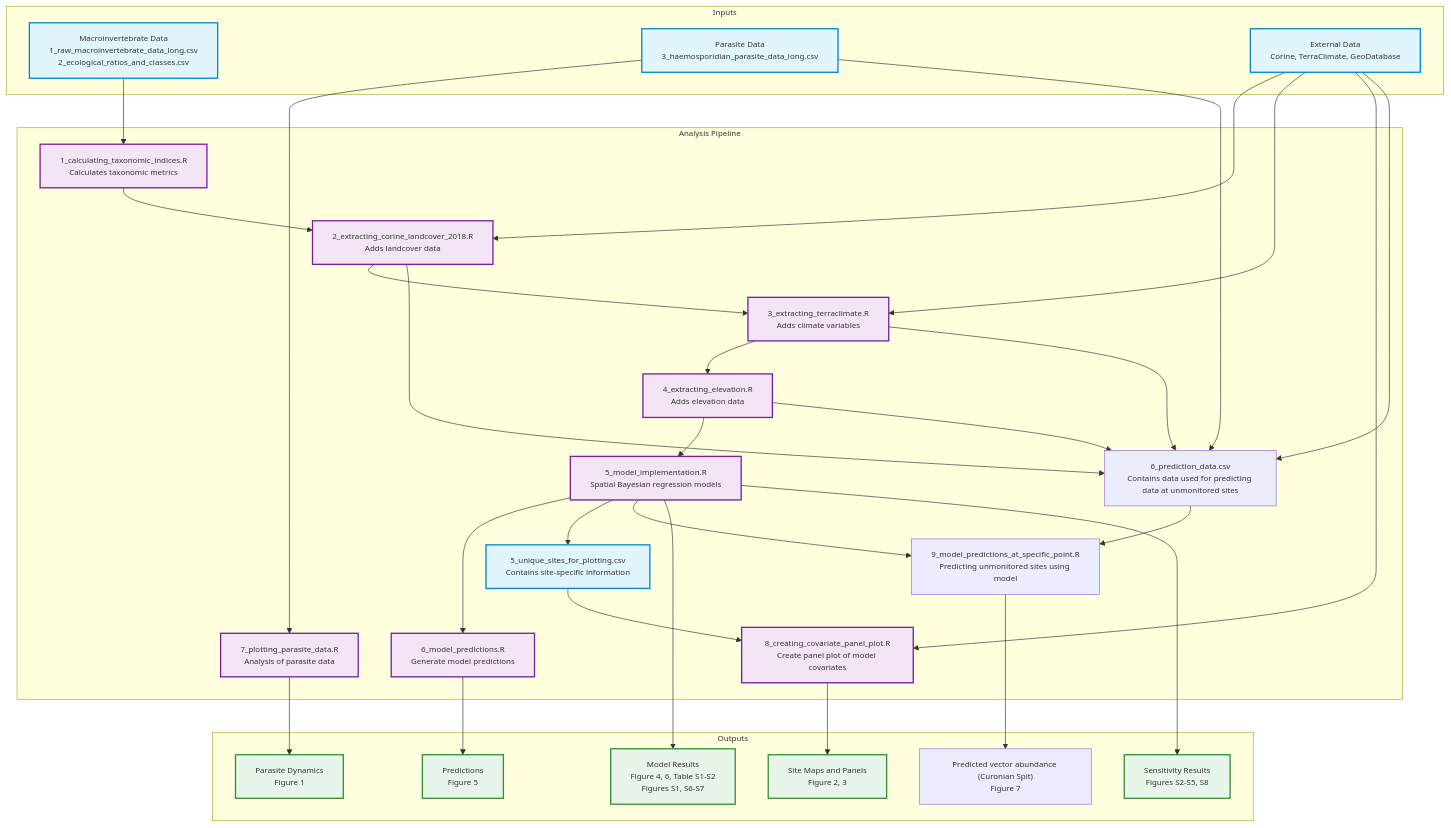
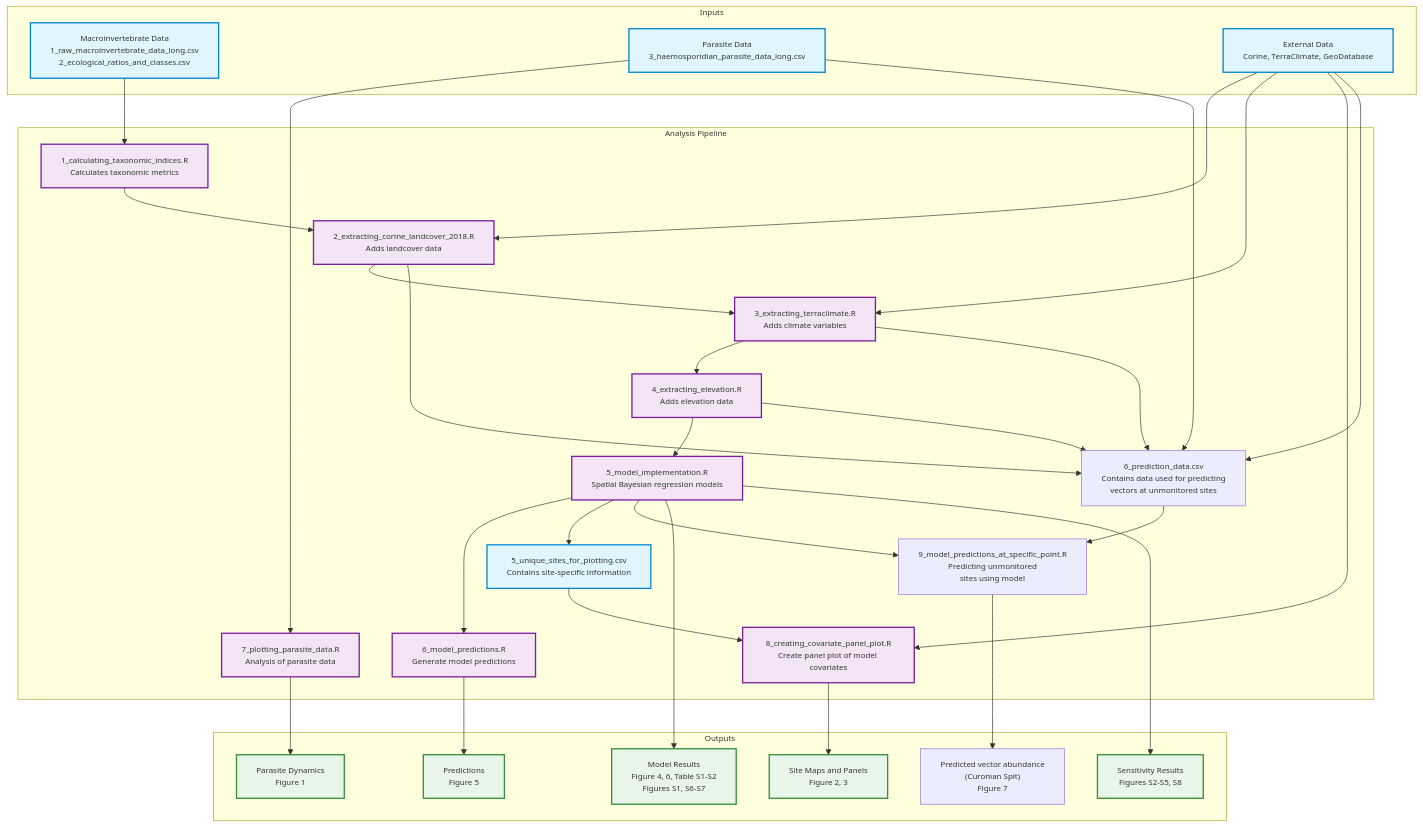
The diagram in README.md (HeeeyNathan/Predicting_vector_abundance_in_Lithuania), drawn with Mermaid before and after one commit.

````diff
--- a/README.md
+++ b/README.md
@@ -177,52 +177,52 @@
 ``` mermaid
 %%{init: {'themeVariables': { 'fontSize': '12px'}}}%%
 %%{init: {'themeVariables': { 'nodePadding': 14}}}%%
 graph TD
     subgraph Inputs
         R["Macroinvertebrate Data<br/>1_raw_macroinvertebrate_data_long.csv<br/>2_ecological_ratios_and_classes.csv"]
         P["Parasite Data<br/>3_haemosporidian_parasite_data_long.csv"]
         E["External Data<br/>Corine, TerraClimate, GeoDatabase"]
     end
     
     subgraph Analysis Pipeline
         R --> S1["1_calculating_taxonomic_indices.R<br/>Calculates taxonomic metrics"]
         S1 --> S2["2_extracting_corine_landcover_2018.R<br/>Adds landcover data"]
         E --> S2
         S2 --> S3["3_extracting_terraclimate.R<br/>Adds climate variables"]
         E --> S3
         S3 --> S4["4_extracting_elevation.R<br/>Adds elevation data"]
         S4 --> S5["5_model_implementation.R<br/>Spatial Bayesian regression models"]
         S5 --> S6["6_model_predictions.R<br/>Generate model predictions"]
         S5 --> Sites["5_unique_sites_for_plotting.csv<br/>Contains site-specific information"]
         Sites --> S8["8_creating_covariate_panel_plot.R<br/>Create panel plot of model covariates"]
         E --> S8
         P --> S7["7_plotting_parasite_data.R<br/>Analysis of parasite data"]
-        P --> Predictions["6_prediction_data.csv<br/>Contains data used for predicting data at unmonitored sites"]
+        P --> Predictions["6_prediction_data.csv<br/>Contains data used for predicting<br/>vectors at unmonitored sites"]
         E --> Predictions
         S2 --> Predictions
         S3 --> Predictions
         S4 --> Predictions
-        Predictions --> S9["9_model_predictions_at_specific_point.R<br/>Predicting unmonitored sites using model"]
+        Predictions --> S9["9_model_predictions_at_specific_point.R<br/>Predicting unmonitored<br/>sites using model"]
         S5 --> S9
     end
     
     subgraph Outputs
         S5 --> O1["Model Results<br/>Figure 4, 6, Table S1-S2<br/>Figures S1, S6-S7"]
         S5 --> O2["Sensitivity Results<br/>Figures S2-S5, S8"]
         S6 --> O3["Predictions<br/>Figure 5"]
         S7 --> O4["Parasite Dynamics<br/>Figure 1"]
         S8 --> O5["Site Maps and Panels<br/>Figure 2, 3"]
-        S9 --> O6["Predicted vector abundance (Curonian Spit)<br/>Figure 7"]
+        S9 --> O6["Predicted vector abundance<br/>(Curonian Spit)<br/>Figure 7"]
     end
     
     %% Styling
     classDef input fill:#e1f5fe,stroke:#0288d1,stroke-width:2px;
     classDef script fill:#f3e5f5,stroke:#7b1fa2,stroke-width:2px;
     classDef output fill:#e8f5e9,stroke:#388e3c,stroke-width:2px;
     classDef intermediate fill:#e1f5fe,stroke:#0288d1,stroke-width:2px;
     
     class R,P,E input;
     class S1,S2,S3,S4,S5,S6,S7,S8 script;
     class O1,O2,O3,O4,O5 output;
     class Sites intermediate;
 ```
````
